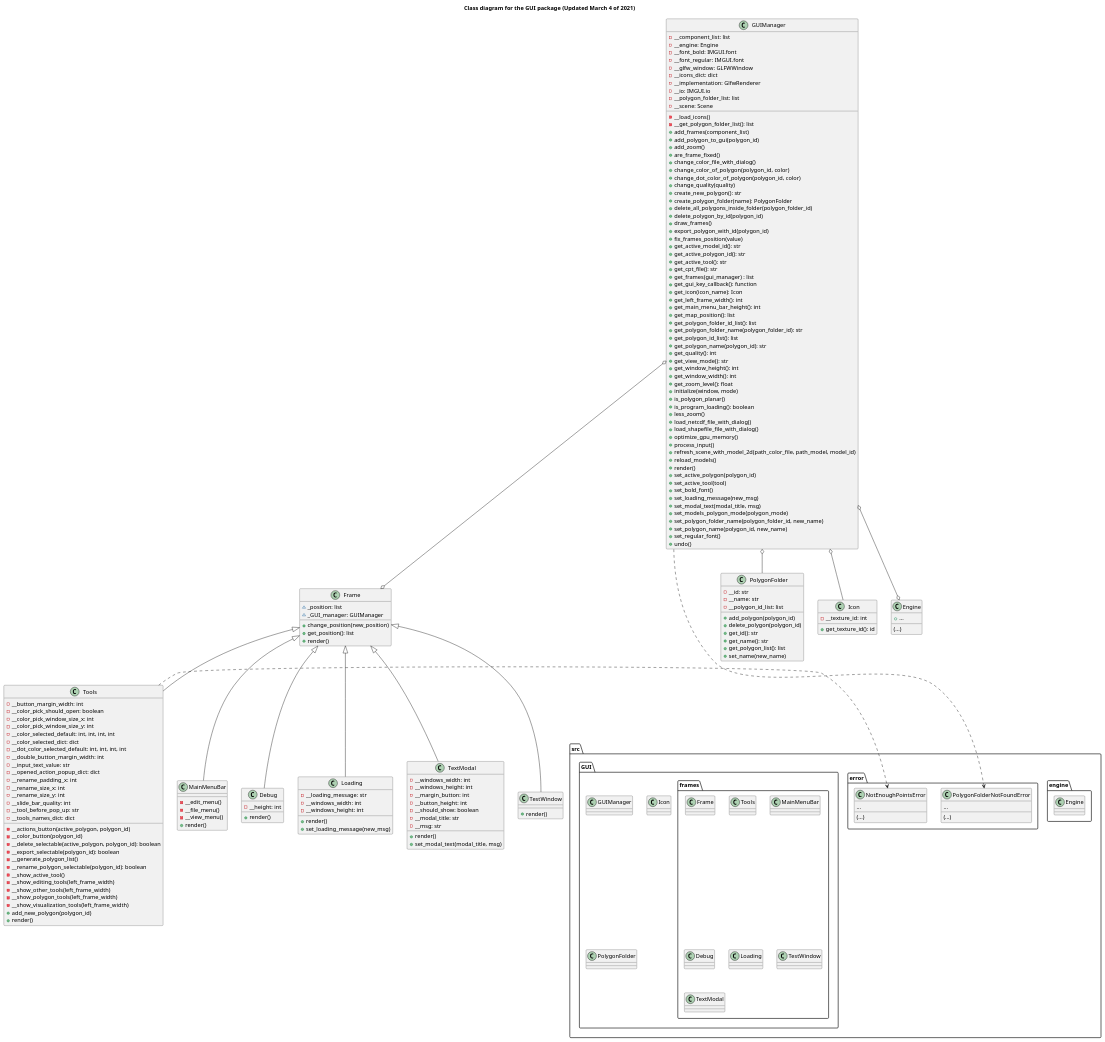
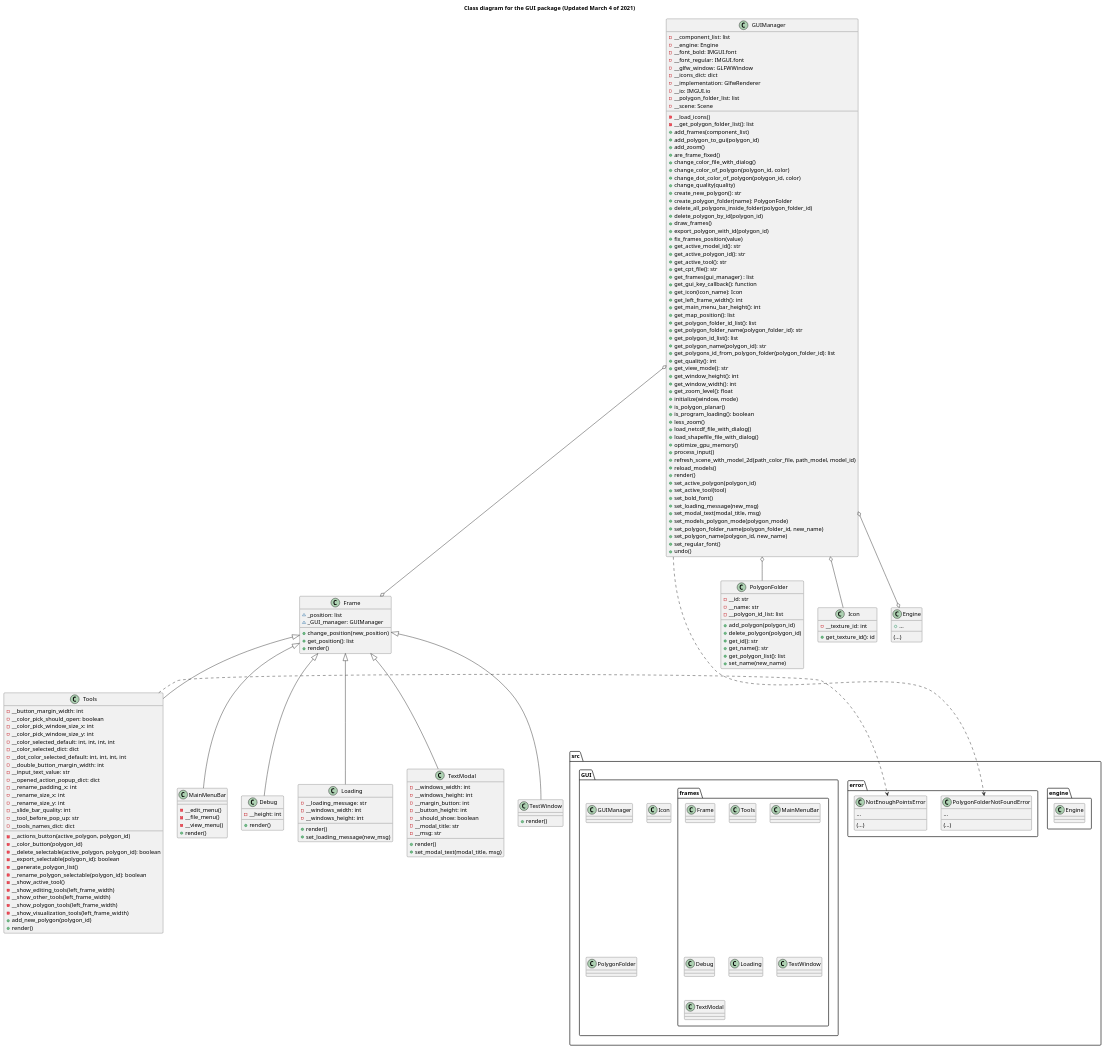
One commit to ferpoble2/Relief_Creator changed the diagram in docs/gui_package.puml. Above: the diagram before and after it, drawn with PlantUML. The commit also changed 1 other file, not shown here.

Commit message:
Added method get_polygons_id_from_polygon_folder to the GUIManager

```diff
--- a/docs/gui_package.puml
+++ b/docs/gui_package.puml
@@ -94,6 +94,7 @@
     + get_polygon_folder_name(polygon_folder_id): str
     + get_polygon_id_list(): list
     + get_polygon_name(polygon_id): str
+    + get_polygons_id_from_polygon_folder(polygon_folder_id): list
     + get_quality(): int
     + get_view_mode(): str
     + get_window_height(): int
```
